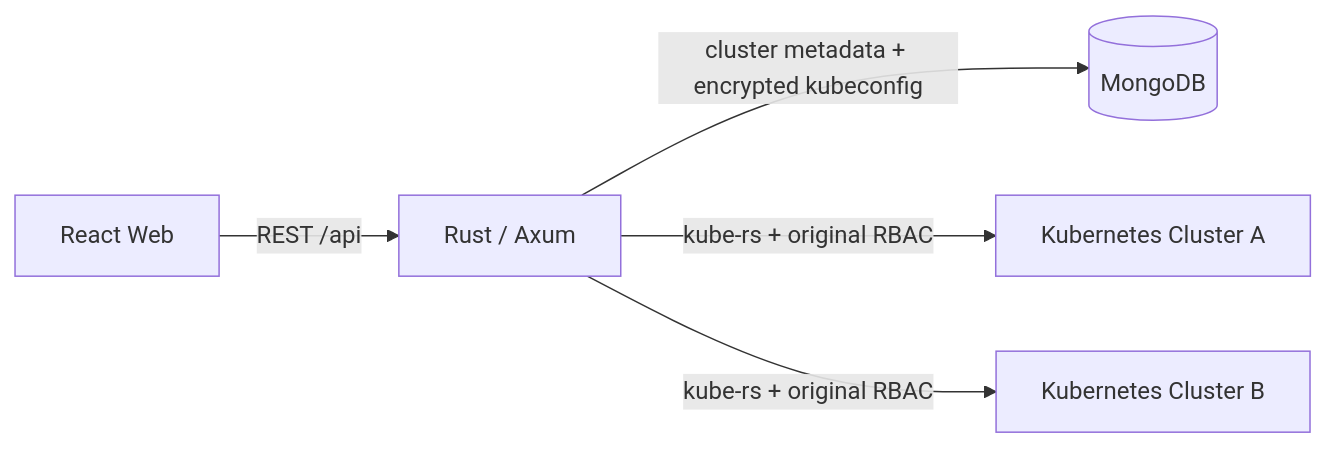
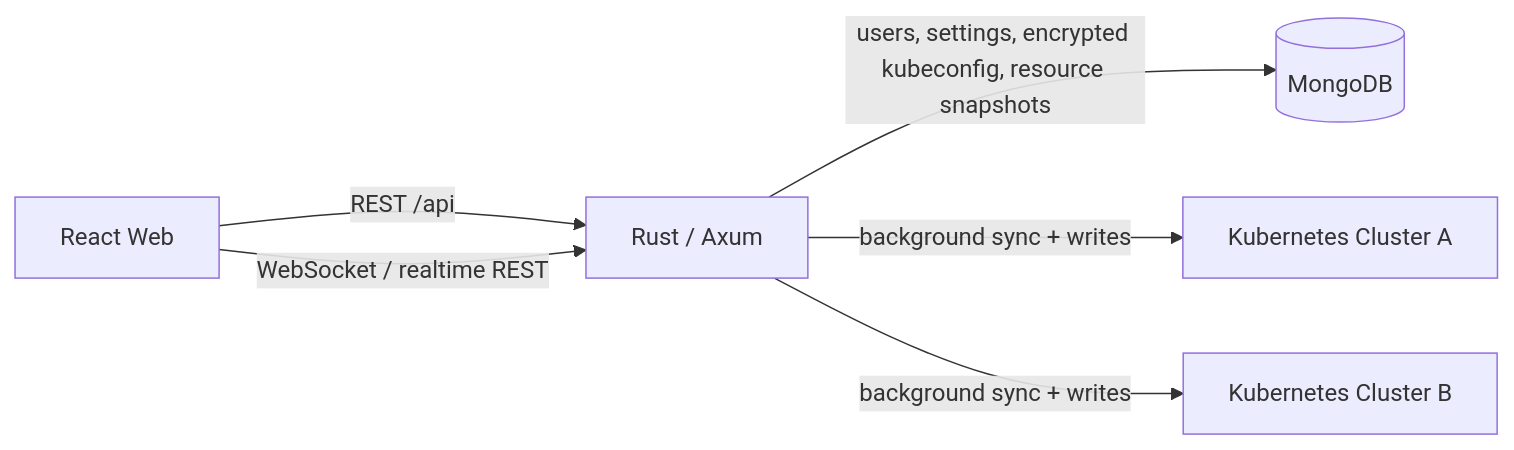
The diagram in README.md (zl875136491/kust), drawn with Mermaid before and after one commit. The commit also changed other lines of this file and 57 other files, not shown here.

````diff
--- a/README.md
+++ b/README.md
@@ -31,7 +35,8 @@
 ```mermaid
 flowchart LR
   UI["React Web"] -->|REST /api| API["Rust / Axum"]
-  API -->|cluster metadata + encrypted kubeconfig| DB[(MongoDB)]
-  API -->|kube-rs + original RBAC| K1["Kubernetes Cluster A"]
-  API -->|kube-rs + original RBAC| K2["Kubernetes Cluster B"]
+  API -->|users, settings, encrypted kubeconfig, resource snapshots| DB[(MongoDB)]
+  API -->|background sync + writes| K1["Kubernetes Cluster A"]
+  API -->|background sync + writes| K2["Kubernetes Cluster B"]
+  UI -->|WebSocket / realtime REST| API
 ```
````
